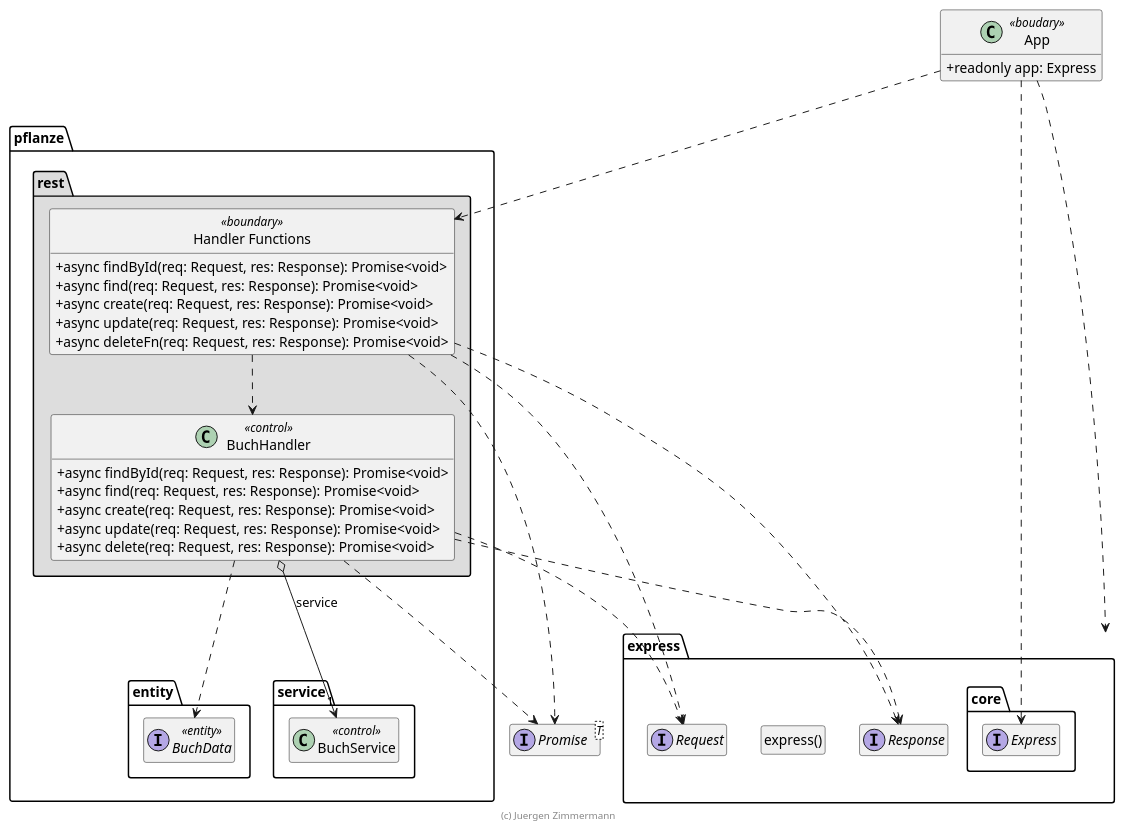
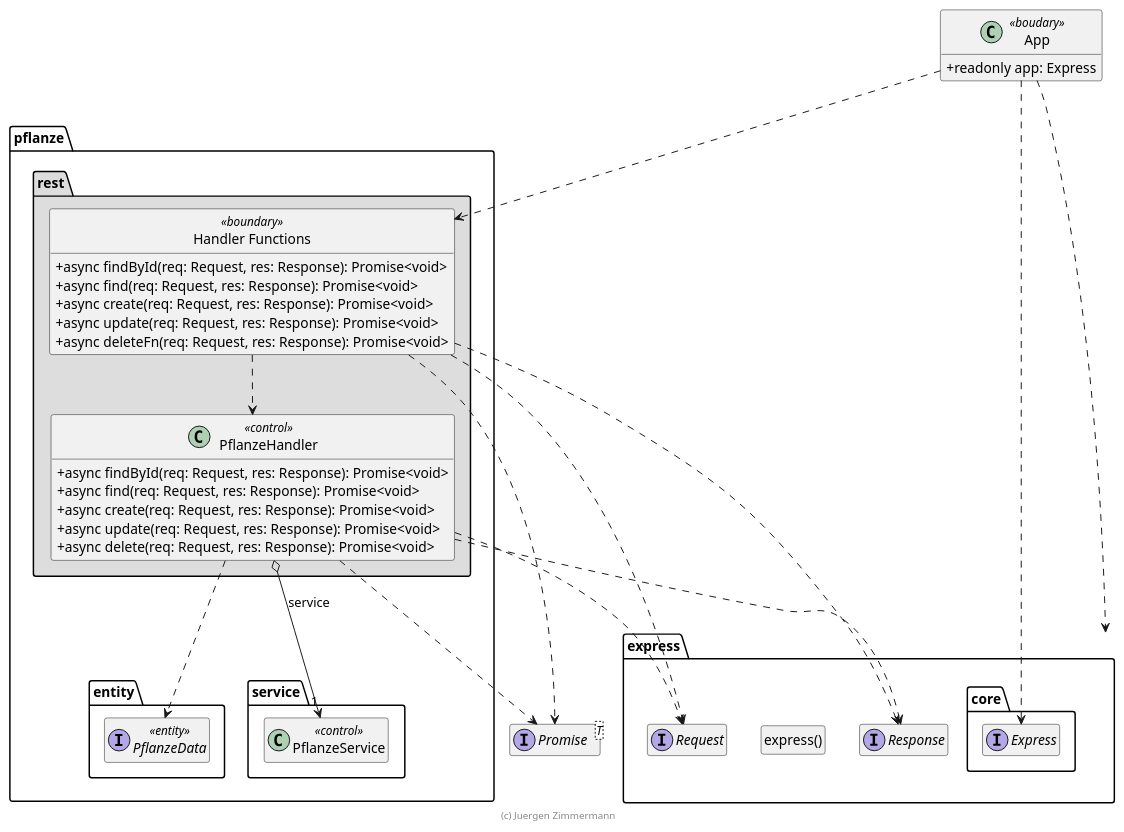
Before and after one commit to Lasse0708/plantproject: the diagram in doc/entwicklerhandbuch/BuchHandler.puml, drawn with PlantUML. The commit also changed 11 other files, not shown here.

```diff
--- a/doc/entwicklerhandbuch/BuchHandler.puml
+++ b/doc/entwicklerhandbuch/BuchHandler.puml
@@ -15,75 +15,75 @@
 @startuml Handler-Funktionen und Handler-Klasse
 
 !pragma useNewPackage
 skinparam classAttributeIconSize 0
 skinparam componentStyle uml2
 
 interface Promise<T>
 
 package express {
   package core {
     interface Express
   }
 
   class "express()" as express
   hide express circle
 
   interface Request
   interface Response
 }
 
 class App <<boudary>> {
   + readonly app: Express
 }
 App ..> Express
 App ..> express
 
 package pflanze {
   package entity {
-    interface BuchData <<entity>> {
+    interface PflanzeData <<entity>> {
     }
   }
 
   package service {
-    class BuchService << control >> {
+    class PflanzeService << control >> {
     }
   }
 
   package rest #DDDDDD {
     "Handler Functions" .right.> Request
     "Handler Functions" ..> Response
     "Handler Functions" ..> Promise
-    "Handler Functions" ..> BuchHandler
+    "Handler Functions" ..> PflanzeHandler
 
-    BuchHandler o--> "1" BuchService : service
-    BuchHandler .right.> Request
-    BuchHandler ..> Response
-    BuchHandler ..> BuchData
-    BuchHandler ..> Promise
+    PflanzeHandler o--> "1" PflanzeService : service
+    PflanzeHandler .right.> Request
+    PflanzeHandler ..> Response
+    PflanzeHandler ..> PflanzeData
+    PflanzeHandler ..> Promise
 
     class "Handler Functions" << boundary >> {
       + async findById(req: Request, res: Response): Promise<void>
       + async find(req: Request, res: Response): Promise<void>
       + async create(req: Request, res: Response): Promise<void>
       + async update(req: Request, res: Response): Promise<void>
       + async deleteFn(req: Request, res: Response): Promise<void>
     }
     hide "Handler Functions" << boundary >> circle
 
-    class BuchHandler << control >> {
+    class PflanzeHandler << control >> {
       + async findById(req: Request, res: Response): Promise<void>
       + async find(req: Request, res: Response): Promise<void>
       + async create(req: Request, res: Response): Promise<void>
       + async update(req: Request, res: Response): Promise<void>
       + async delete(req: Request, res: Response): Promise<void>
     }
   }
 }
 
 App ..> "Handler Functions"
 
 hide empty members
 
 footer (c) Juergen Zimmermann
 
 @enduml
```
